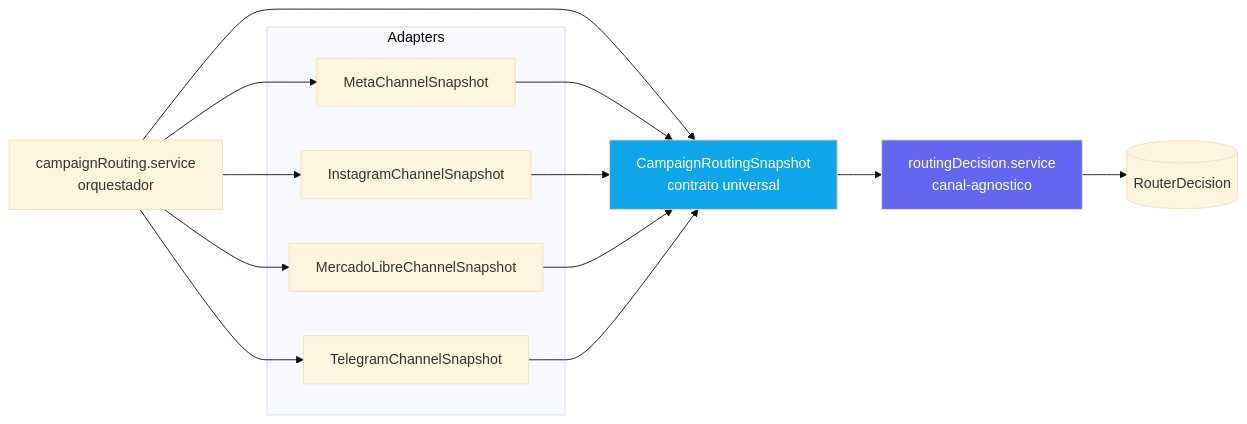
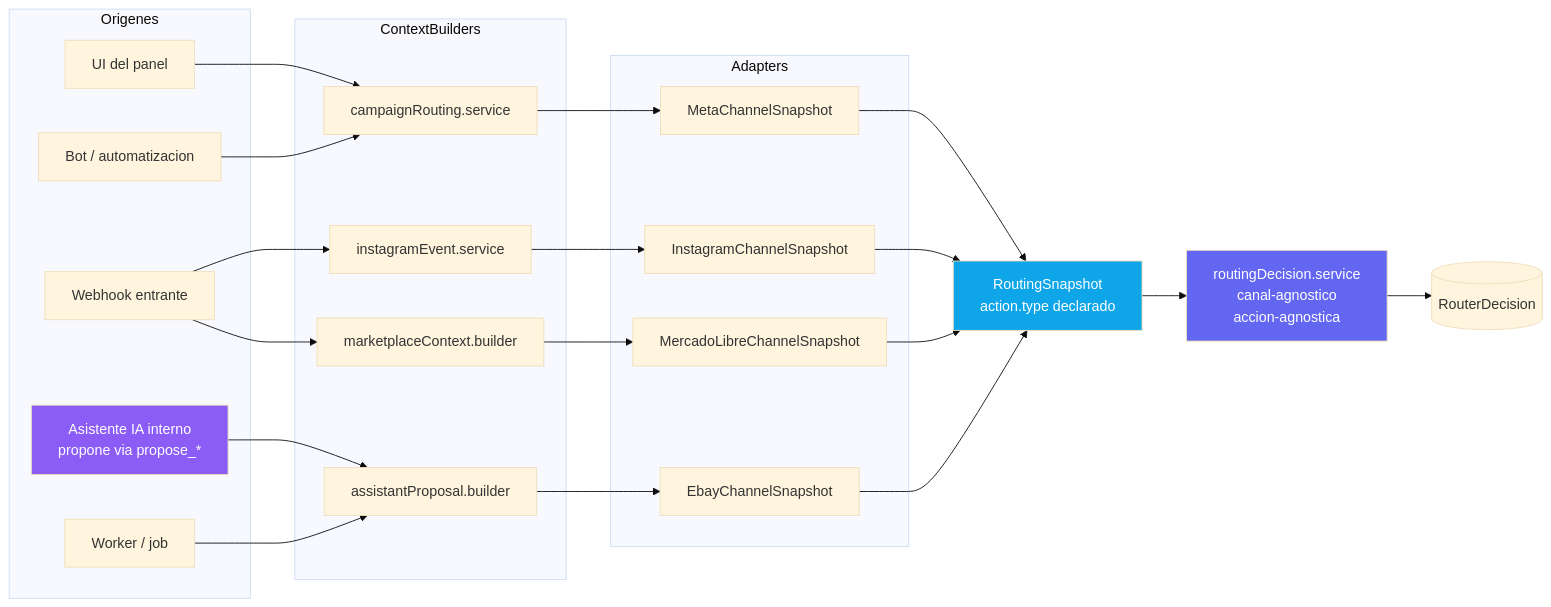
Before and after one commit to cristiandkzk/ai-routing-decision-engine-: the second of 2 diagrams in README.md, drawn with Mermaid (base theme). The commit also changed other lines of this file and 1 other file, not shown here.

Commit message:
docs: add assistant proposal routing pattern

````diff
--- a/README.md
+++ b/README.md
@@ -81,25 +84,44 @@
 ```mermaid
 flowchart LR
-    SVC[campaignRouting.service\norquestador] --> SNAP[CampaignRoutingSnapshot\ncontrato universal]
+    subgraph Origenes
+        O1[UI del panel]
+        O2[Bot / automatizacion]
+        O3[Asistente IA interno\npropone via propose_*]
+        O4[Worker / job]
+        O5[Webhook entrante]
+    end
+
+    subgraph ContextBuilders
+        CB1[campaignRouting.service]
+        CB2[instagramEvent.service]
+        CB3[marketplaceContext.builder]
+        CB4[assistantProposal.builder]
+    end
 
     subgraph Adapters
         A1[MetaChannelSnapshot]
         A2[InstagramChannelSnapshot]
         A3[MercadoLibreChannelSnapshot]
-        A4[TelegramChannelSnapshot]
+        A4[EbayChannelSnapshot]
     end
 
-    SVC --> A1
-    SVC --> A2
-    SVC --> A3
-    SVC --> A4
+    O1 & O2 --> CB1
+    O5 --> CB2
+    O5 --> CB3
+    O3 & O4 --> CB4
 
-    A1 & A2 & A3 & A4 --> SNAP
+    CB1 --> A1
+    CB2 --> A2
+    CB3 --> A3
+    CB4 --> A4
 
-    SNAP --> CORE[routingDecision.service\ncanal-agnostico]
+    A1 & A2 & A3 & A4 --> SNAP[RoutingSnapshot\naction.type declarado]
+
+    SNAP --> CORE[routingDecision.service\ncanal-agnostico\naccion-agnostica]
 
     CORE --> RD[(RouterDecision)]
 
     style CORE fill:#6366f1,color:#fff
     style SNAP fill:#0ea5e9,color:#fff
+    style O3 fill:#8b5cf6,color:#fff
 ```
````
